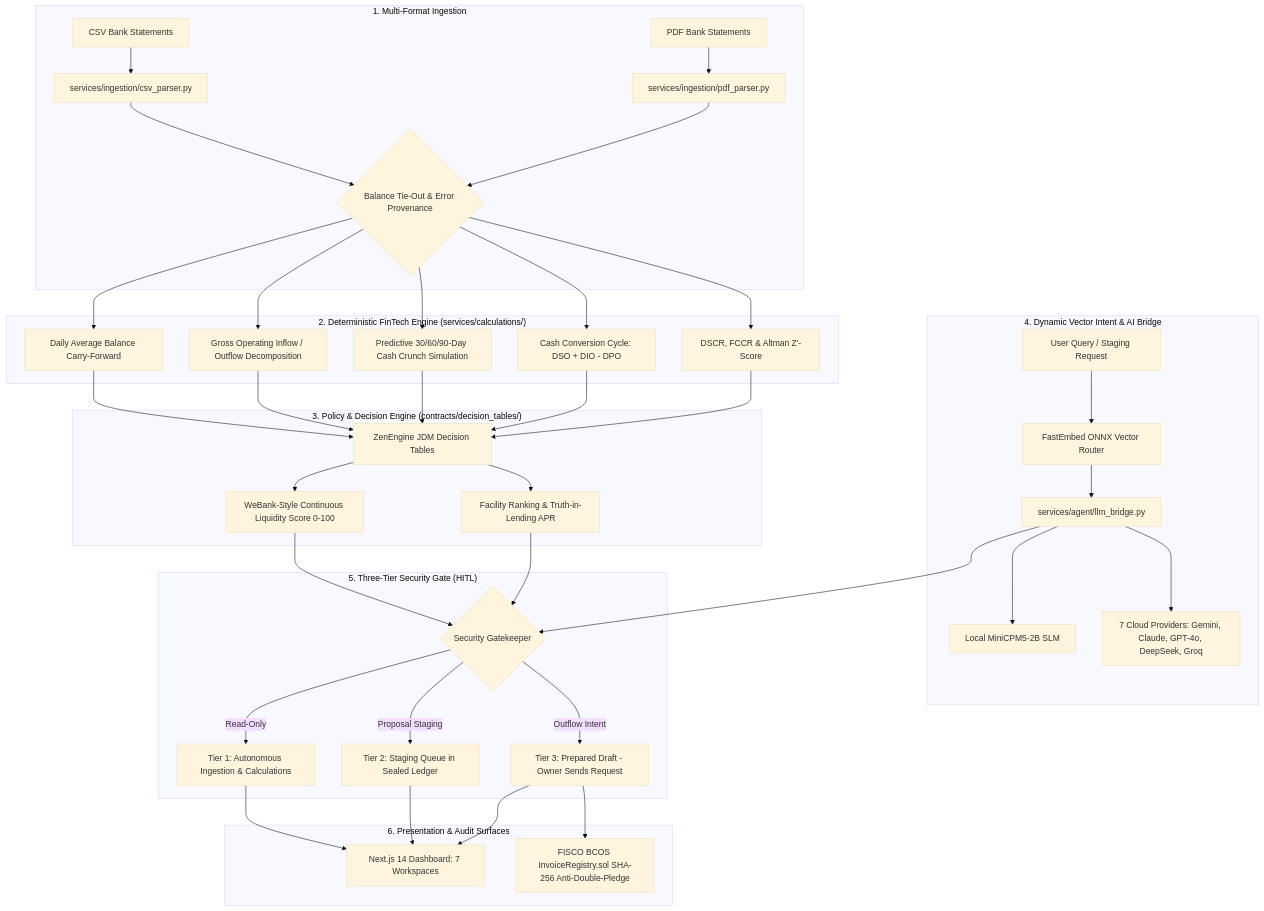
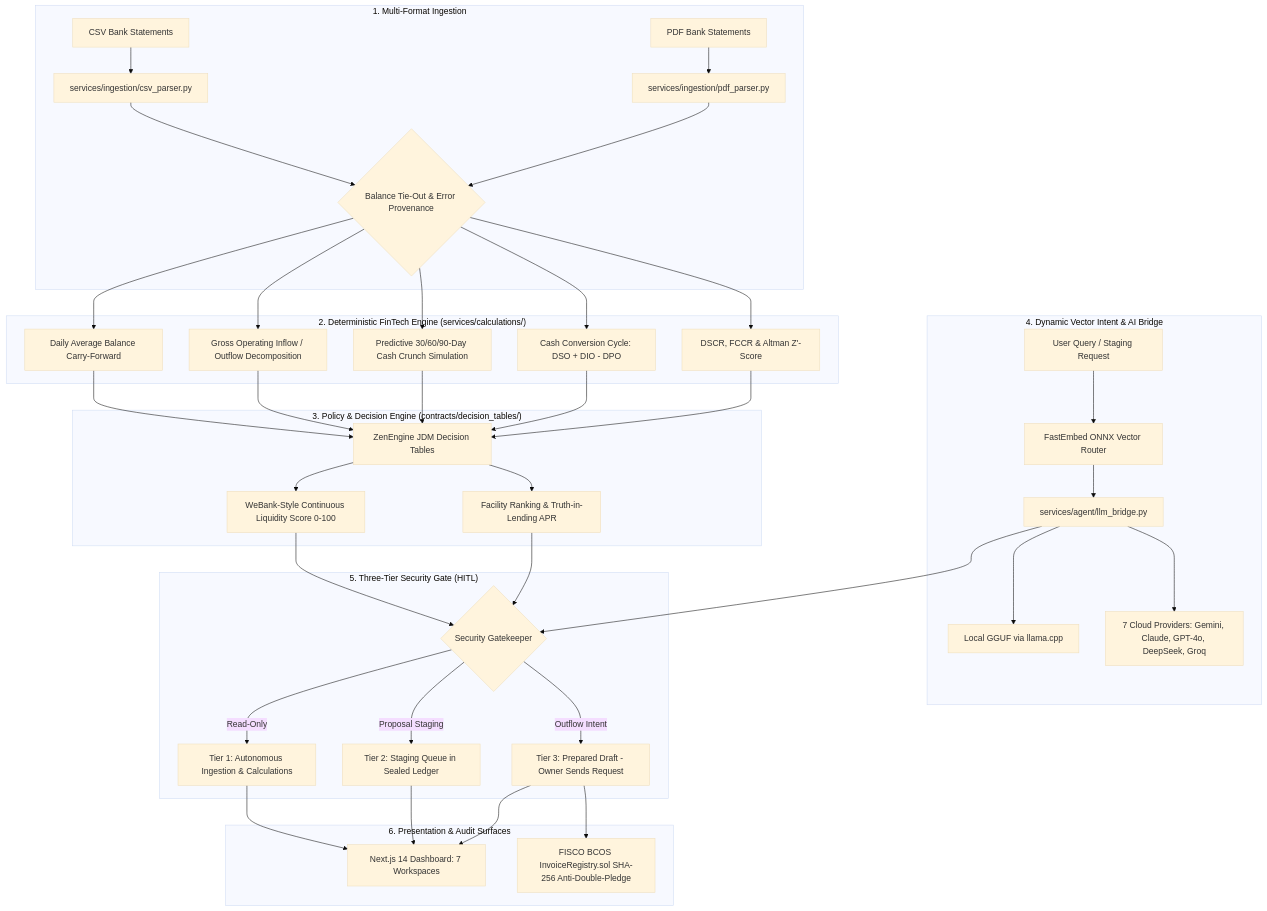
One commit to SamJU25/CashPilot changed the diagram in README.md. Above: the diagram before and after it, drawn with Mermaid (base theme). The commit also changed other lines of this file and 31 other files, not shown here.

Commit message:
feat(local-slm): migrate to text GGUF models via llama.cpp with dynamic device capability discovery

````diff
--- a/README.md
+++ b/README.md
@@ -59,42 +59,42 @@
 ```mermaid
 flowchart TD
     subgraph Ingestion ["1. Multi-Format Ingestion"]
         CSV[CSV Bank Statements] --> Parser[services/ingestion/csv_parser.py]
         PDF[PDF Bank Statements] --> PDFParser[services/ingestion/pdf_parser.py]
         Parser --> TieOut{Balance Tie-Out & Error Provenance}
         PDFParser --> TieOut
     end
 
     subgraph Engines ["2. Deterministic FinTech Engine (services/calculations/)"]
         TieOut --> DAB[Daily Average Balance Carry-Forward]
         TieOut --> Flow[Gross Operating Inflow / Outflow Decomposition]
         TieOut --> Crunch[Predictive 30/60/90-Day Cash Crunch Simulation]
         TieOut --> CCC[Cash Conversion Cycle: DSO + DIO - DPO]
         TieOut --> Solvency[DSCR, FCCR & Altman Z'-Score]
     end
 
     subgraph Policies ["3. Policy & Decision Engine (contracts/decision_tables/)"]
         DAB & Flow & Crunch & CCC & Solvency --> Zen[ZenEngine JDM Decision Tables]
         Zen --> Underwrite[WeBank-Style Continuous Liquidity Score 0-100]
         Zen --> FacilityMatch[Facility Ranking & Truth-in-Lending APR]
     end
 
     subgraph Routing ["4. Dynamic Vector Intent & AI Bridge"]
         UserMsg[User Query / Staging Request] --> FastEmbed[FastEmbed ONNX Vector Router]
         FastEmbed --> Bridge[services/agent/llm_bridge.py]
-        Bridge --> LocalSLM[Local MiniCPM5-2B SLM]
+        Bridge --> LocalSLM[Local GGUF via llama.cpp]
         Bridge --> CloudLLM[7 Cloud Providers: Gemini, Claude, GPT-4o, DeepSeek, Groq]
     end
 
     subgraph SecurityGate ["5. Three-Tier Security Gate (HITL)"]
         Underwrite & FacilityMatch & Bridge --> Gate{Security Gatekeeper}
         Gate -->|Read-Only| T1[Tier 1: Autonomous Ingestion & Calculations]
         Gate -->|Proposal Staging| T2[Tier 2: Staging Queue in Sealed Ledger]
         Gate -->|Outflow Intent| T3[Tier 3: Prepared Draft - Owner Sends Request]
     end
 
     subgraph Surfaces ["6. Presentation & Audit Surfaces"]
         T1 & T2 & T3 --> Dashboard[Next.js 14 Dashboard: 7 Workspaces]
         T3 --> FISCO[FISCO BCOS InvoiceRegistry.sol SHA-256 Anti-Double-Pledge]
     end
 ```
````
